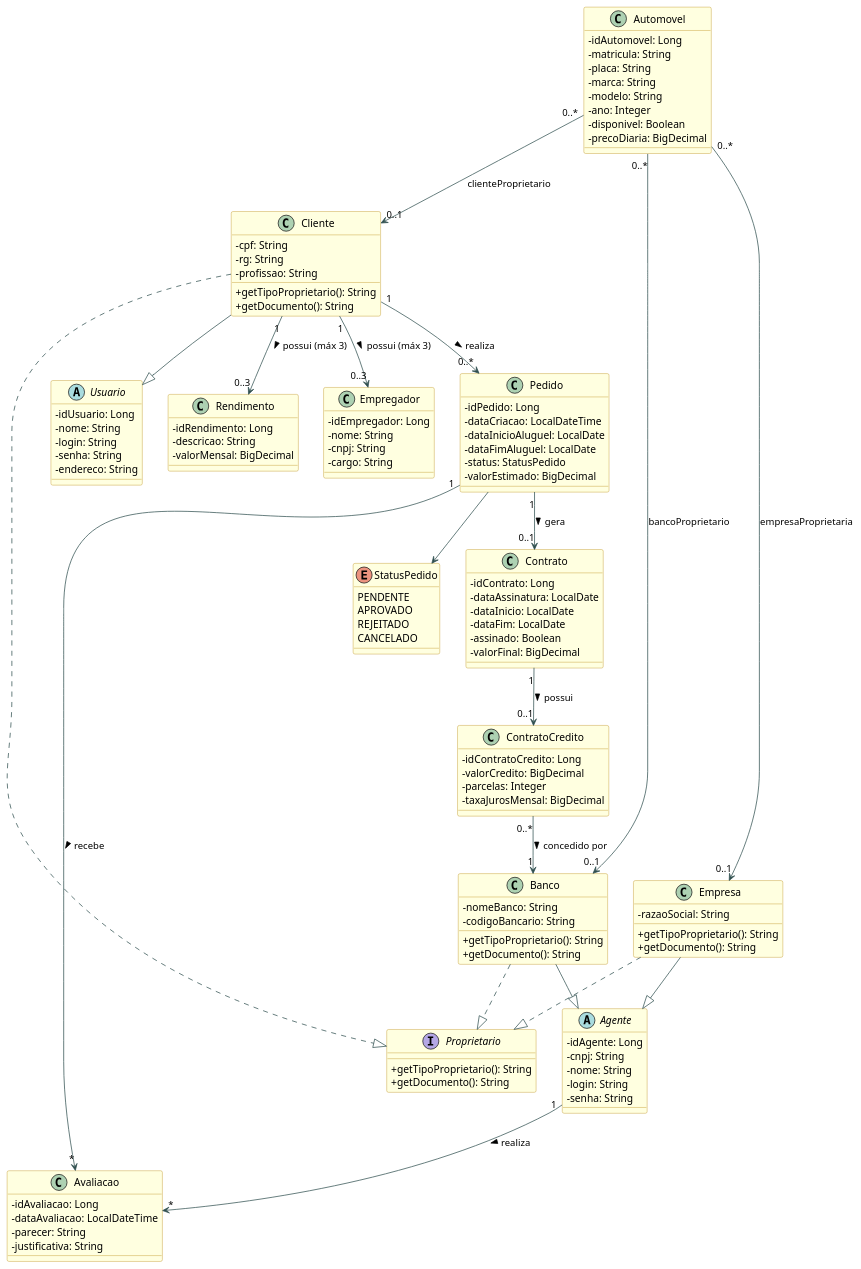
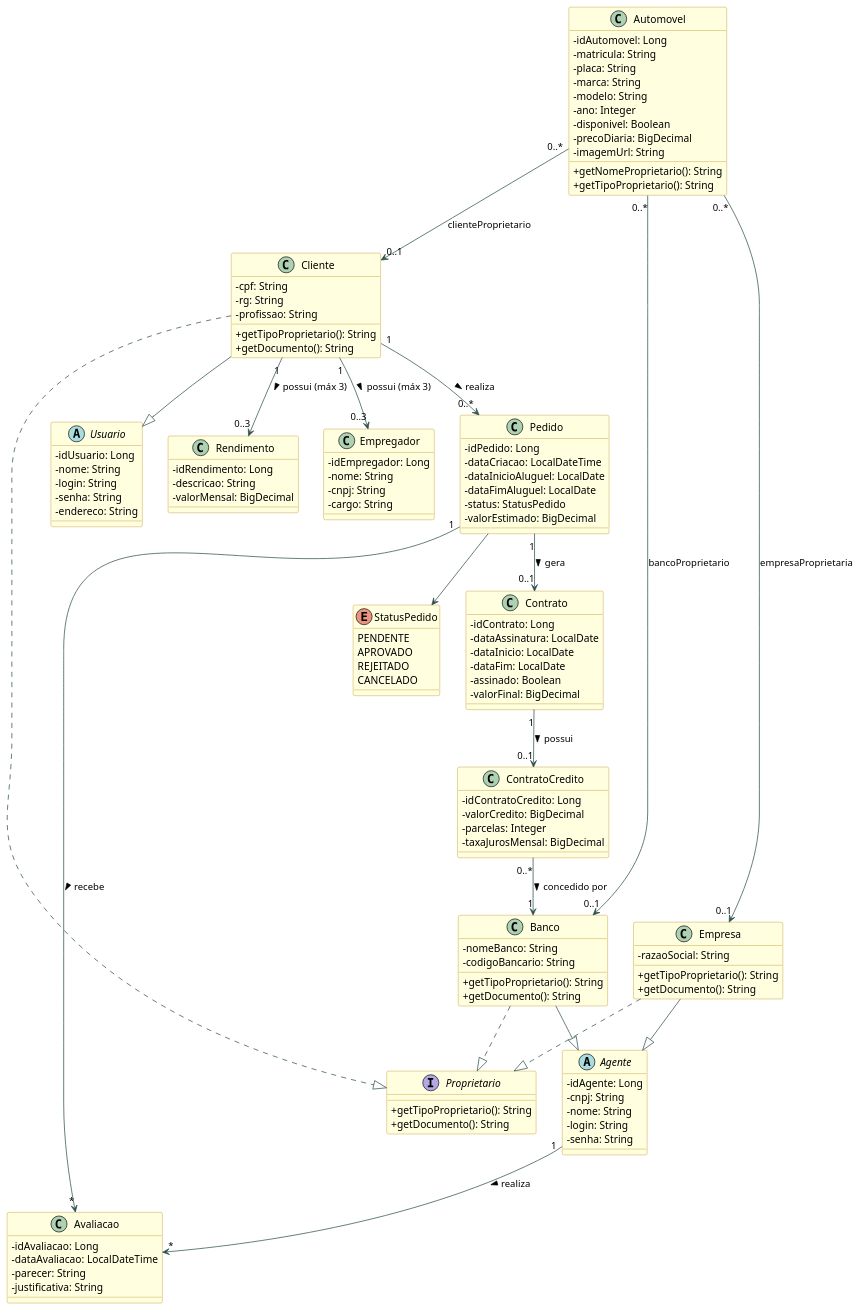
The diagram in docs/uml/diagrama-classes.puml (arthurcbretas/Sistema_de_Aluguel_de_Carros), drawn with PlantUML before and after one commit. The commit also changed 32 other files, not shown here.

```diff
--- a/docs/uml/diagrama-classes.puml
+++ b/docs/uml/diagrama-classes.puml
@@ -1,145 +1,148 @@
 @startuml DiagramaClasses
 skinparam classAttributeIconSize 0
 skinparam class {
   BackgroundColor LightYellow
   BorderColor DarkGoldenRod
   ArrowColor DarkSlateGray
 }
 
 '── Enum ──────────────────────────────────────────────────────────────
 enum StatusPedido {
   PENDENTE
   APROVADO
   REJEITADO
   CANCELADO
 }
 
 '── Interface ─────────────────────────────────────────────────────────
 interface Proprietario {
   +getTipoProprietario(): String
   +getDocumento(): String
 }
 
 '── Hierarquia Usuario (JOINED) ───────────────────────────────────────
 abstract class Usuario {
   -idUsuario: Long
   -nome: String
   -login: String
   -senha: String
   -endereco: String
 }
 
 class Cliente {
   -cpf: String
   -rg: String
   -profissao: String
   +getTipoProprietario(): String
   +getDocumento(): String
 }
 Cliente --|> Usuario
 Cliente ..|> Proprietario
 
 '── Hierarquia Agente (JOINED) ────────────────────────────────────────
 abstract class Agente {
   -idAgente: Long
   -cnpj: String
   -nome: String
   -login: String
   -senha: String
 }
 
 class Empresa {
   -razaoSocial: String
   +getTipoProprietario(): String
   +getDocumento(): String
 }
 class Banco {
   -nomeBanco: String
   -codigoBancario: String
   +getTipoProprietario(): String
   +getDocumento(): String
 }
 Empresa --|> Agente
 Banco   --|> Agente
 Empresa ..|> Proprietario
 Banco   ..|> Proprietario
 
 '── Pedido / Contrato ─────────────────────────────────────────────────
 class Pedido {
   -idPedido: Long
   -dataCriacao: LocalDateTime
   -dataInicioAluguel: LocalDate
   -dataFimAluguel: LocalDate
   -status: StatusPedido
   -valorEstimado: BigDecimal
 }
 
 class Contrato {
   -idContrato: Long
   -dataAssinatura: LocalDate
   -dataInicio: LocalDate
   -dataFim: LocalDate
   -assinado: Boolean
   -valorFinal: BigDecimal
 }
 
 class ContratoCredito {
   -idContratoCredito: Long
   -valorCredito: BigDecimal
   -parcelas: Integer
   -taxaJurosMensal: BigDecimal
 }
 
 '── Avaliação ─────────────────────────────────────────────────────────
 class Avaliacao {
   -idAvaliacao: Long
   -dataAvaliacao: LocalDateTime
   -parecer: String
   -justificativa: String
 }
 
 '── Automóvel ─────────────────────────────────────────────────────────
 class Automovel {
   -idAutomovel: Long
   -matricula: String
   -placa: String
   -marca: String
   -modelo: String
   -ano: Integer
   -disponivel: Boolean
   -precoDiaria: BigDecimal
+  -imagemUrl: String
   ' três FKs nullable (apenas uma preenchida)
+  +getNomeProprietario(): String
+  +getTipoProprietario(): String
 }
 
 '── Rendimento / Empregador ───────────────────────────────────────────
 class Rendimento {
   -idRendimento: Long
   -descricao: String
   -valorMensal: BigDecimal
 }
 
 class Empregador {
   -idEmpregador: Long
   -nome: String
   -cnpj: String
   -cargo: String
 }
 
 '── Relacionamentos ───────────────────────────────────────────────────
 Cliente "1" --> "0..*" Pedido         : realiza >
 Cliente "1" --> "0..3" Rendimento     : possui (máx 3) >
 Cliente "1" --> "0..3" Empregador     : possui (máx 3) >
 
 Pedido  "1" --> "0..1" Contrato       : gera >
 Pedido  "1" --> "*"    Avaliacao      : recebe >
 Agente  "1" --> "*"    Avaliacao      : realiza >
 Contrato "1" --> "0..1" ContratoCredito : possui >
 ContratoCredito "0..*" --> "1" Banco  : concedido por >
 
 Automovel "0..*" --> "0..1" Cliente   : clienteProprietario
 Automovel "0..*" --> "0..1" Empresa   : empresaProprietaria
 Automovel "0..*" --> "0..1" Banco     : bancoProprietario
 
 Pedido --> StatusPedido
 
 @enduml
```
